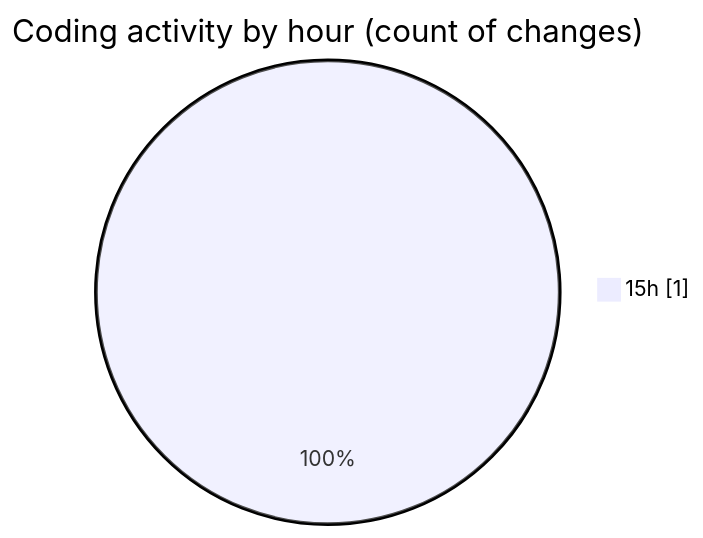
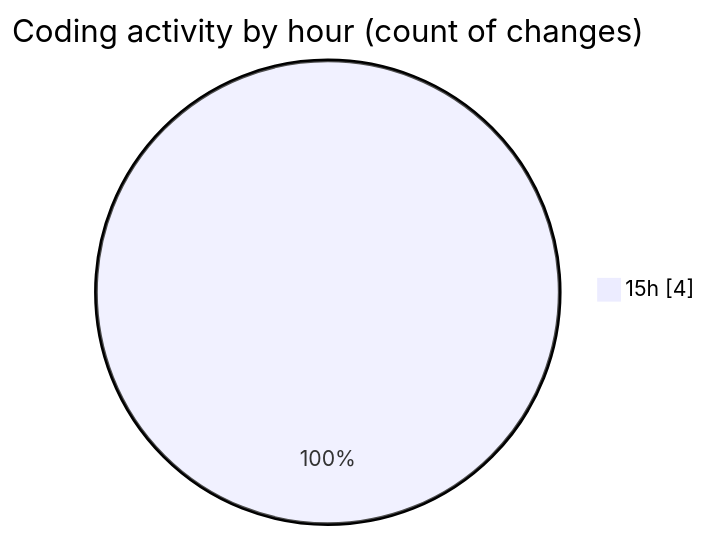
Before and after one commit to JenPaints/code-tracking: the second of 2 diagrams in 2025-07-26/cohera/README.md, drawn with Mermaid. The commit also changed other lines of this file and 1 other file, not shown here.

````diff
--- a/2025-07-26/cohera/README.md
+++ b/2025-07-26/cohera/README.md
@@ -28,5 +30,5 @@
 ```mermaid
 pie showData
 title Coding activity by hour (count of changes)
-"15h" : 1
+"15h" : 4
 ```
````
